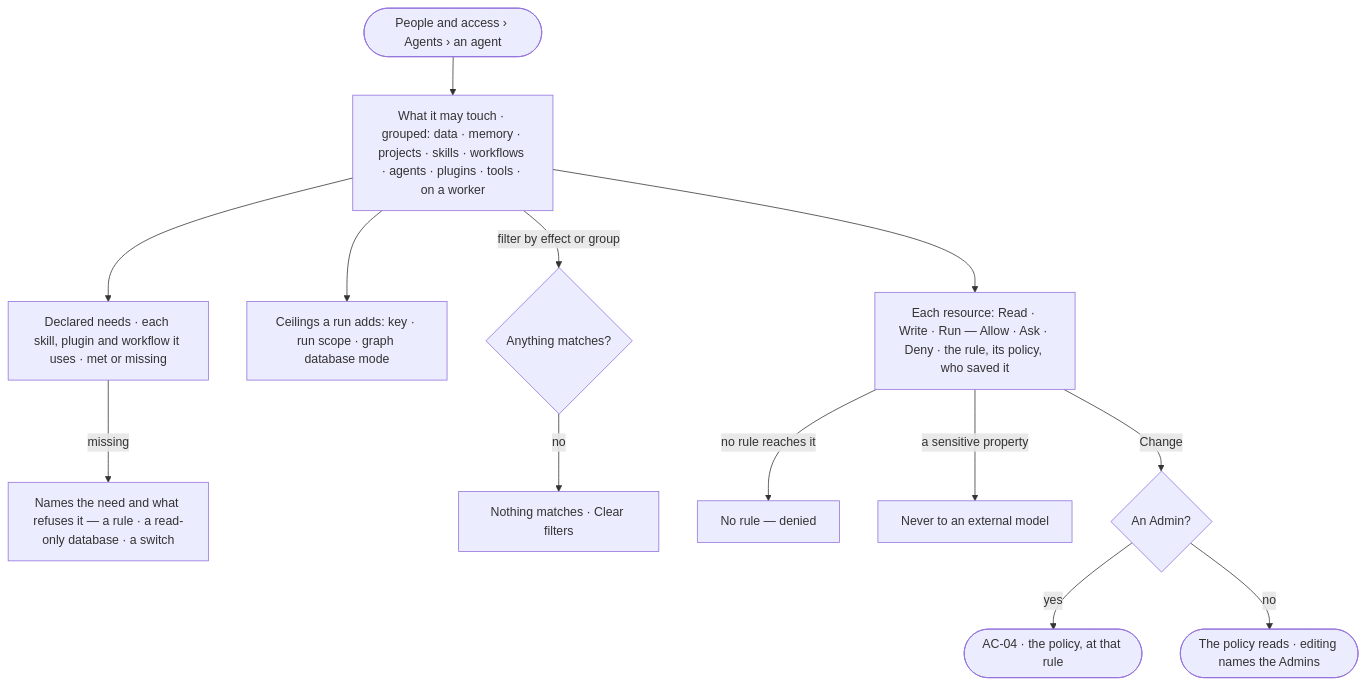
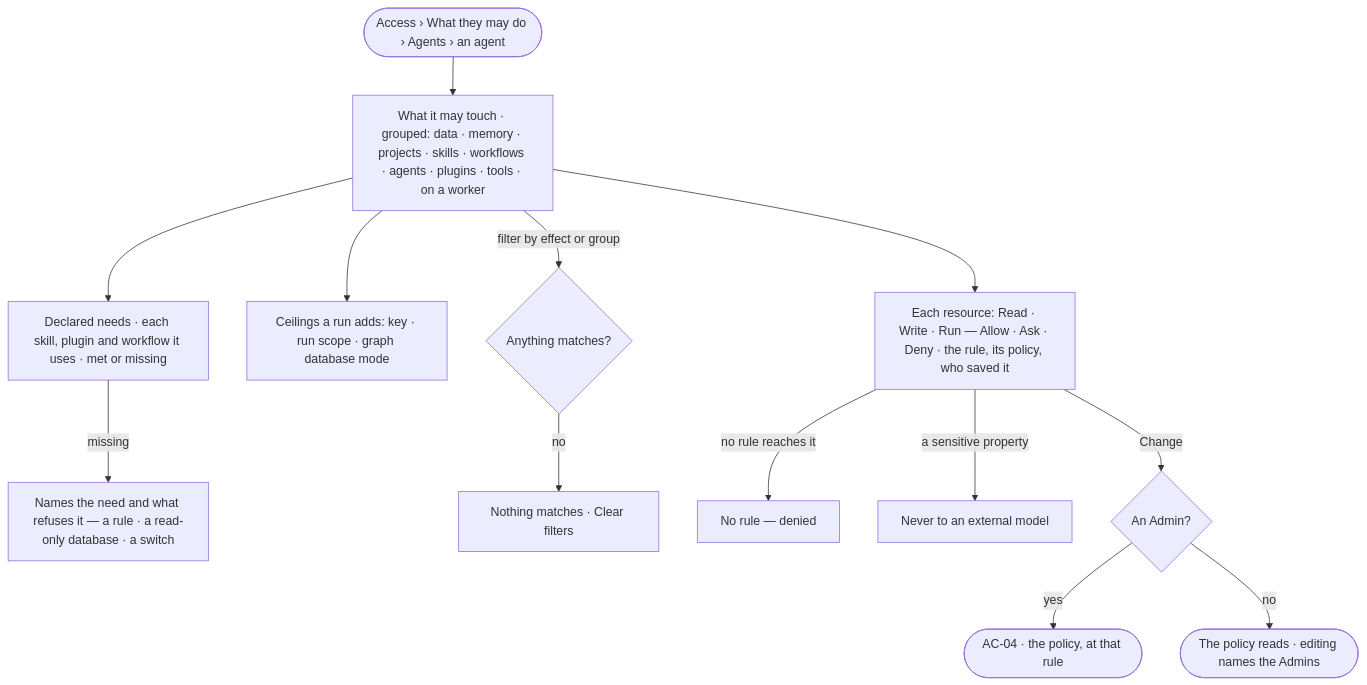
One commit to invana/invana changed the diagram in specs/os/access/features/AC-F04-what-an-agent-may-touch/stories/AC-13-see-what-an-agent-may-touch/story.md. Above: the diagram before and after it, drawn with Mermaid. The commit also changed 133 other files, not shown here.

````diff
--- a/specs/os/access/features/AC-F04-what-an-agent-may-touch/stories/AC-13-see-what-an-agent-may-touch/story.md
+++ b/specs/os/access/features/AC-F04-what-an-agent-may-touch/stories/AC-13-see-what-an-agent-may-touch/story.md
@@ -28,15 +28,15 @@
 ```mermaid
 flowchart TD
-  t([People and access › Agents › an agent]) --> w["What it may touch · grouped: data · memory · projects · skills · workflows · agents · plugins · tools · on a worker"]
+  t([Access › What they may do › Agents › an agent]) --> w["What it may touch · grouped: data · memory · projects · skills · workflows · agents · plugins · tools · on a worker"]
   w --> row["Each resource: Read · Write · Run — Allow · Ask · Deny · the rule, its policy, who saved it"]
   w --> cl["Ceilings a run adds: key · run scope · graph database mode"]
   w --> nd["Declared needs · each skill, plugin and workflow it uses · met or missing"]
   nd -->|missing| mis["Names the need and what refuses it — a rule · a read-only database · a switch"]
   w -->|filter by effect or group| f{"Anything matches?"}
   f -->|no| nm["Nothing matches · Clear filters"]
   row -->|no rule reaches it| df["No rule — denied"]
   row -->|a sensitive property| sp["Never to an external model"]
   row -->|Change| ch{"An Admin?"}
   ch -->|yes| ln(["AC-04 · the policy, at that rule"])
   ch -->|no| ro(["The policy reads · editing names the Admins"])
 ```
````
